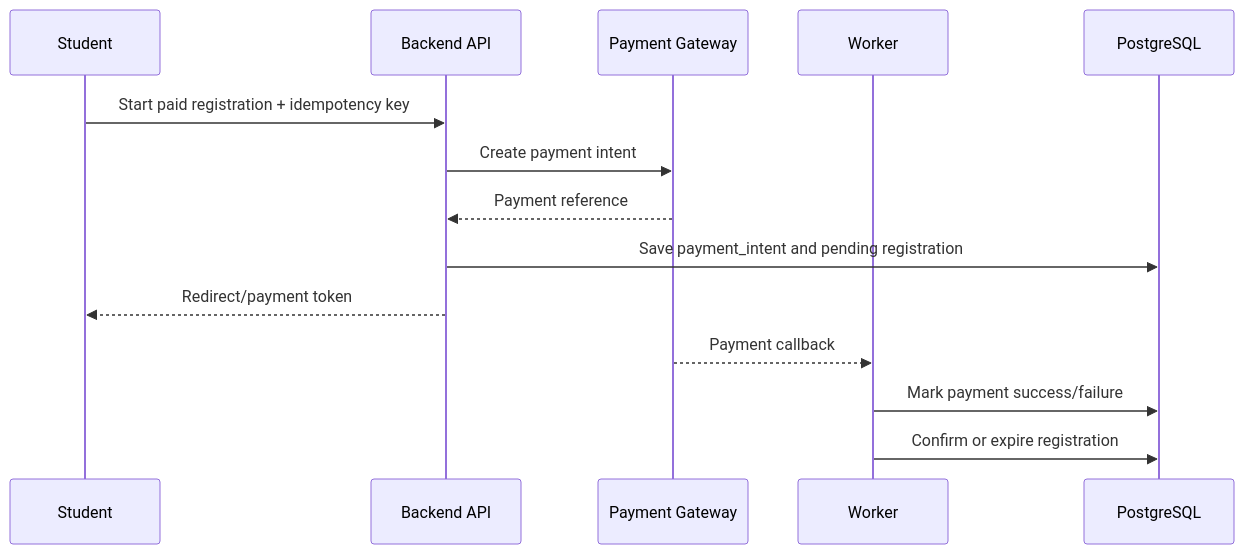
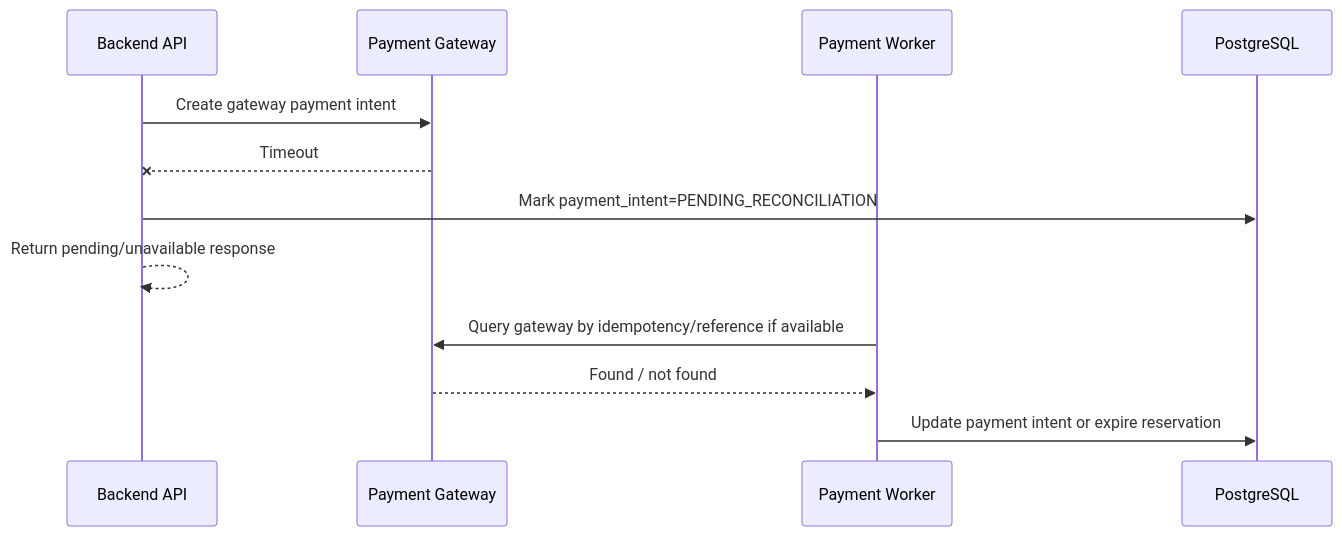
One commit to NguyenThanhTien539/unihub-workshop-system changed the fifth of 6 diagrams in blueprint/specs/payment.md. Above: the diagram before and after it, drawn with Mermaid. The commit also changed other lines of this file and 8 other files, not shown here.

````diff
--- a/blueprint/specs/payment.md
+++ b/blueprint/specs/payment.md
@@ -17,17 +179,15 @@
 ```mermaid
 sequenceDiagram
-    participant S as Student
     participant API as Backend API
     participant P as Payment Gateway
-    participant W as Worker
+    participant W as Payment Worker
     participant DB as PostgreSQL
 
-    S->>API: Start paid registration + idempotency key
-    API->>P: Create payment intent
-    P-->>API: Payment reference
-    API->>DB: Save payment_intent and pending registration
-    API-->>S: Redirect/payment token
-    P-->>W: Payment callback
-    W->>DB: Mark payment success/failure
-    W->>DB: Confirm or expire registration
+    API->>P: Create gateway payment intent
+    P--xAPI: Timeout
+    API->>DB: Mark payment_intent=PENDING_RECONCILIATION
+    API-->>API: Return pending/unavailable response
+    W->>P: Query gateway by idempotency/reference if available
+    P-->>W: Found / not found
+    W->>DB: Update payment intent or expire reservation
 ```
````
